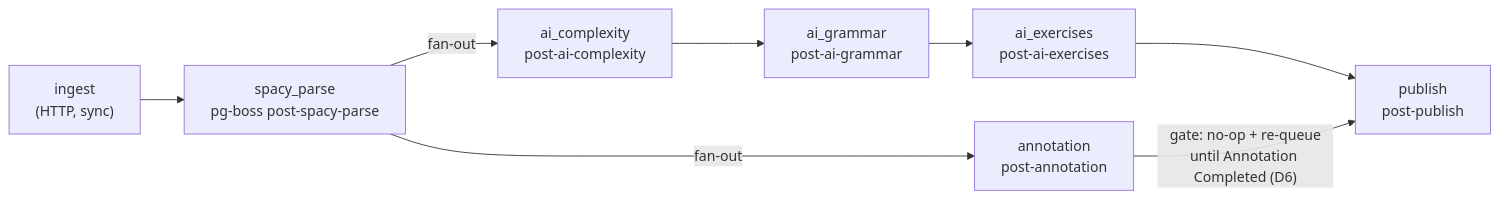
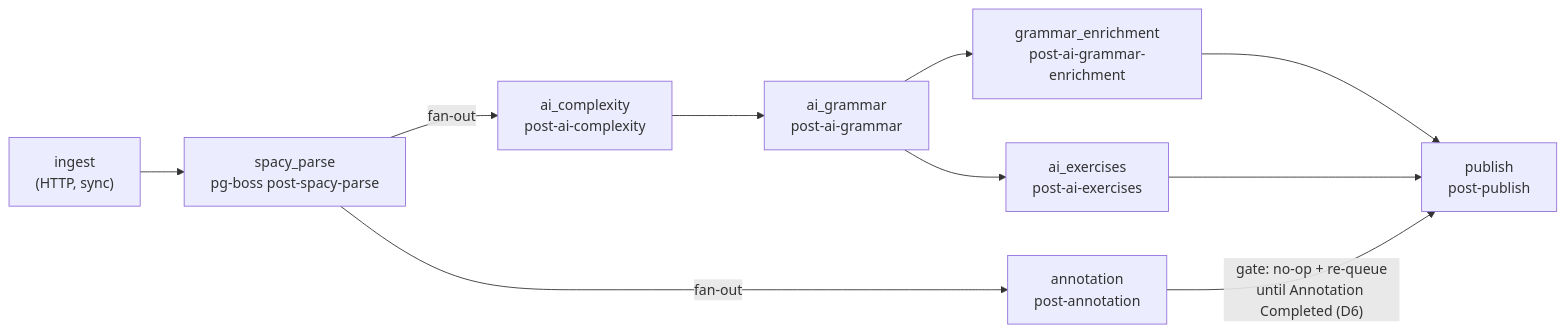
One commit to oleksiikhr/engofy changed the diagram in .agents/skills/engofy/references/pipeline.md. Above: the diagram before and after it, drawn with Mermaid. The commit also changed other lines of this file and 54 other files, not shown here.

````diff
--- a/.agents/skills/engofy/references/pipeline.md
+++ b/.agents/skills/engofy/references/pipeline.md
@@ -7,10 +7,12 @@
 ```mermaid
 flowchart LR
   ingest["ingest\n(HTTP, sync)"] --> sp["spacy_parse\npg-boss post-spacy-parse"]
   sp -->|fan-out| ann["annotation\npost-annotation"]
   sp -->|fan-out| cx["ai_complexity\npost-ai-complexity"]
   cx --> gr["ai_grammar\npost-ai-grammar"]
   gr --> ex["ai_exercises\npost-ai-exercises"]
+  gr --> ge["grammar_enrichment\npost-ai-grammar-enrichment"]
+  ge --> pub
   ex --> pub["publish\npost-publish"]
   ann -->|"gate: no-op + re-queue\nuntil Annotation Completed (D6)"| pub
 ```
````
